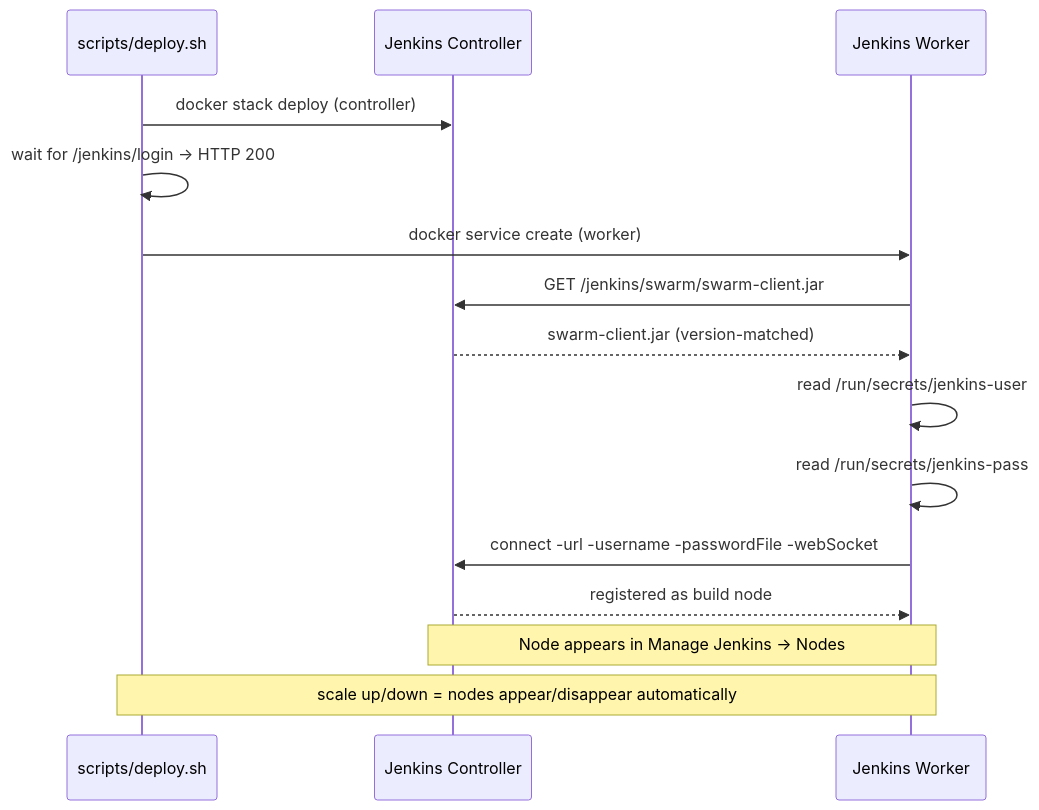
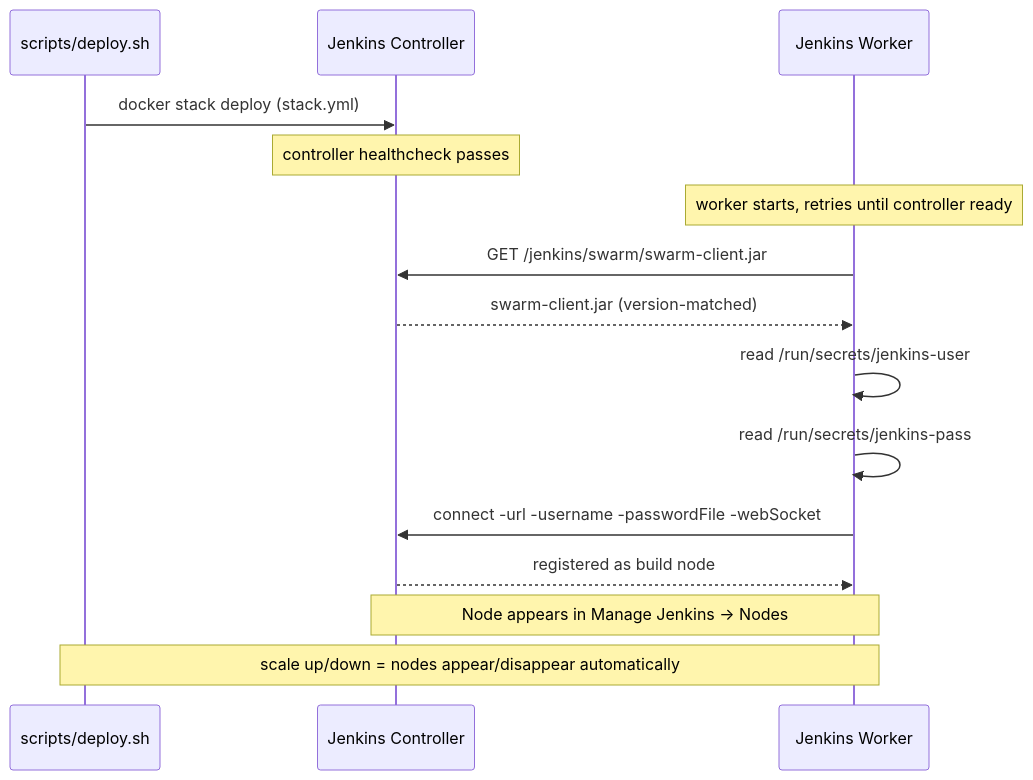
Before and after one commit to sangharshcs/deploy-jenkins: the second of 3 diagrams in README.md, drawn with Mermaid. The commit also changed other lines of this file and 14 other files, not shown here.

First line of the commit message:
refactor: replace shell script complexity with stack.yml + single deploy script (#6)

````diff
--- a/README.md
+++ b/README.md
@@ -150,22 +150,22 @@
 ```mermaid
 sequenceDiagram
     participant S as scripts/deploy.sh
     participant C as Jenkins Controller
     participant W as Jenkins Worker
 
-    S->>C: docker stack deploy (controller)
-    S->>S: wait for /jenkins/login → HTTP 200
-    S->>W: docker service create (worker)
+    S->>C: docker stack deploy (stack.yml)
+    Note over C: controller healthcheck passes
+    Note over W: worker starts, retries until controller ready
 
     W->>C: GET /jenkins/swarm/swarm-client.jar
     C-->>W: swarm-client.jar (version-matched)
 
     W->>W: read /run/secrets/jenkins-user
     W->>W: read /run/secrets/jenkins-pass
 
     W->>C: connect -url -username -passwordFile -webSocket
     C-->>W: registered as build node
 
     Note over C,W: Node appears in Manage Jenkins → Nodes
     Note over S,W: scale up/down = nodes appear/disappear automatically
 ```
````
